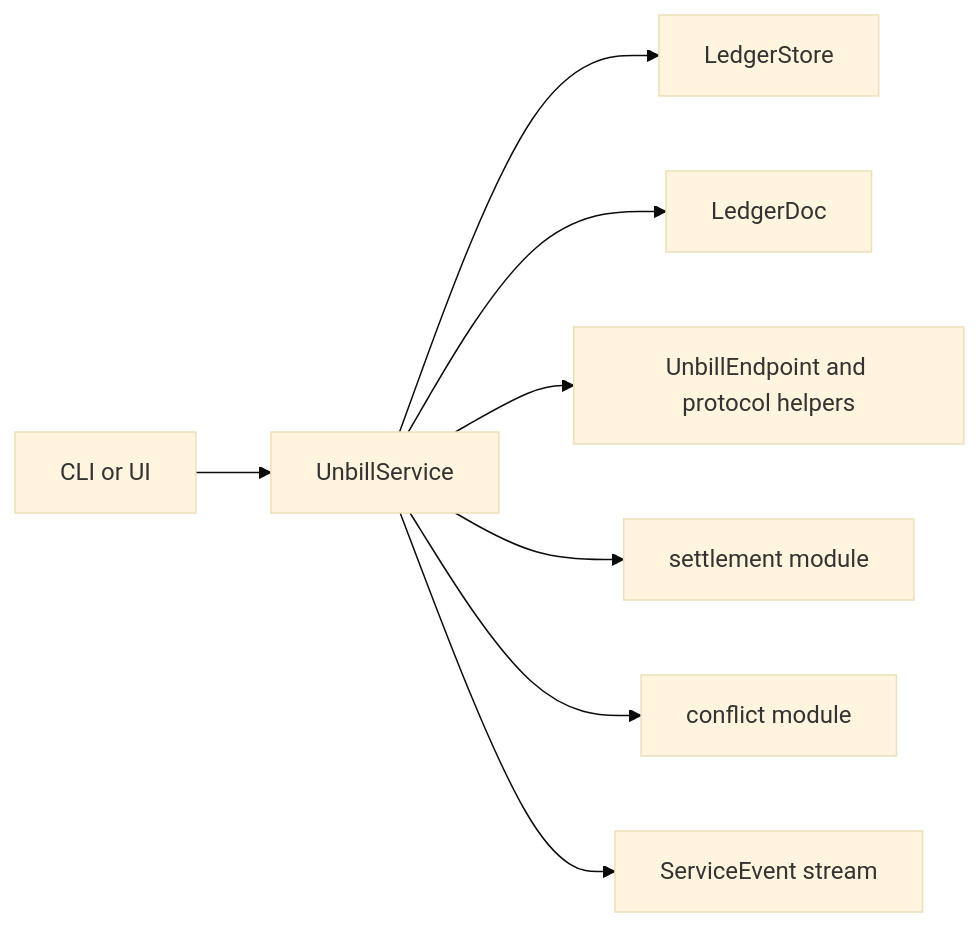
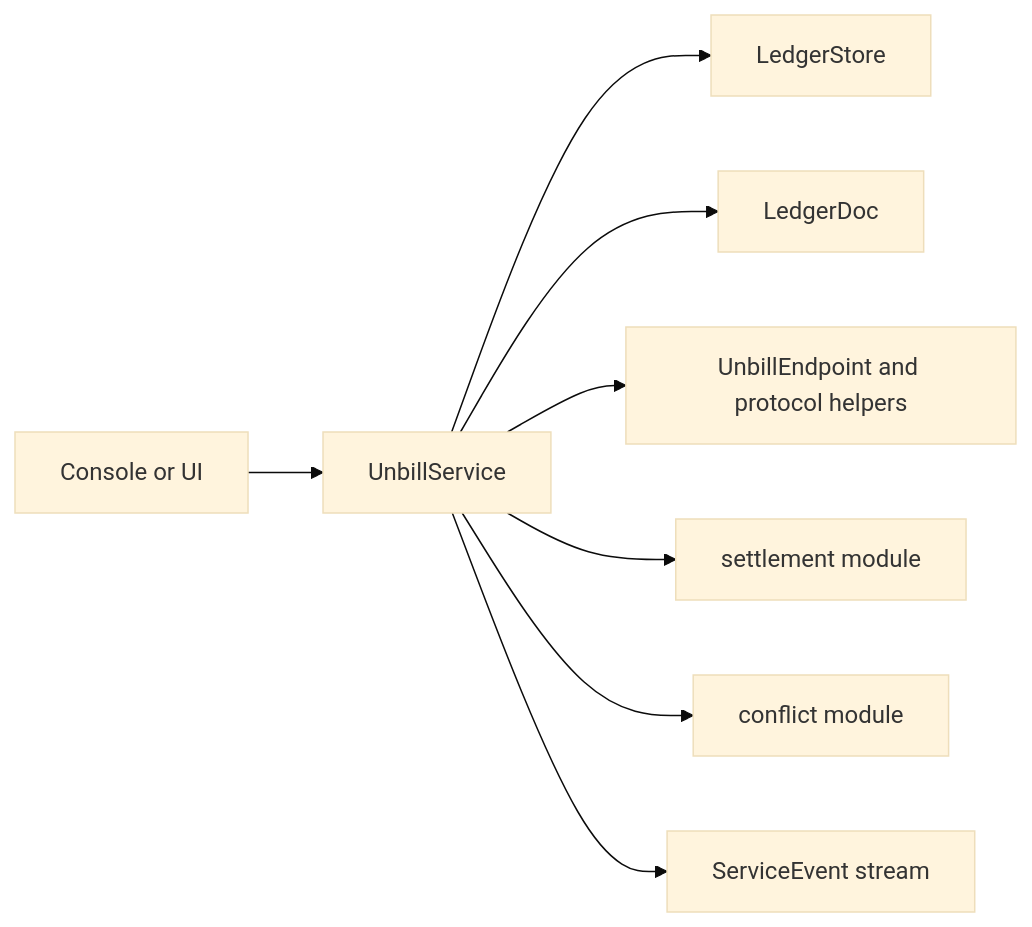
One commit to unbill-project/unbill changed the diagram in crates/unbill-console/src/service/DESIGN.md. Above: the diagram before and after it, drawn with Mermaid (base theme). The commit also changed 13 other files, not shown here.

````diff
--- a/crates/unbill-console/src/service/DESIGN.md
+++ b/crates/unbill-console/src/service/DESIGN.md
@@ -7,10 +7,10 @@
 ```mermaid
 flowchart LR
-    Shell["CLI or UI"] --> Service["UnbillService"]
+    Shell["Console or UI"] --> Service["UnbillService"]
     Service --> Store["LedgerStore"]
     Service --> Doc["LedgerDoc"]
     Service --> Net["UnbillEndpoint and protocol helpers"]
     Service --> Settlement["settlement module"]
     Service --> Conflict["conflict module"]
     Service --> Events["ServiceEvent stream"]
 ```
````
